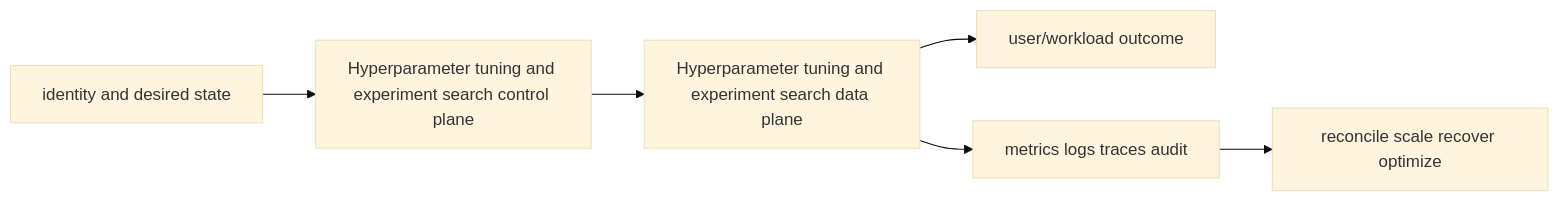
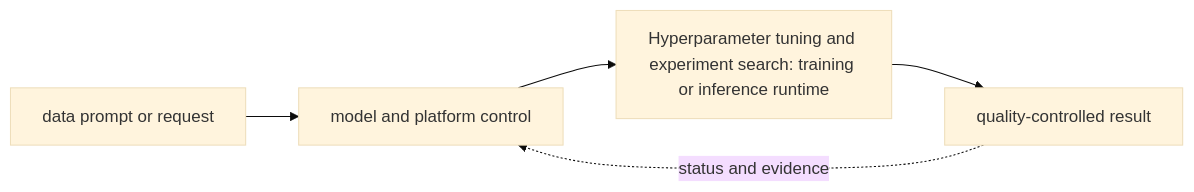
The diagram in 11-ai-platform/08-mlops-and-llmops-lifecycle/08-hyperparameter-tuning/README.md (tomkidumbuyo/DevOps-interview-preparation), drawn with Mermaid (base theme) before and after one commit. The commit also changed other lines of this file and 753 other files, not shown here.

````diff
--- a/11-ai-platform/08-mlops-and-llmops-lifecycle/08-hyperparameter-tuning/README.md
+++ b/11-ai-platform/08-mlops-and-llmops-lifecycle/08-hyperparameter-tuning/README.md
@@ -19,8 +31,7 @@
 ```mermaid
 flowchart LR
-  I[identity and desired state] --> C[Hyperparameter tuning and experiment search control plane]
-  C --> D[Hyperparameter tuning and experiment search data plane]
-  D --> U[user/workload outcome]
-  D --> O[metrics logs traces audit]
-  O --> R[reconcile scale recover optimize]
+  A["data prompt or request"] --> B["model and platform control"]
+  B --> C["Hyperparameter tuning and experiment search: training or inference runtime"]
+  C --> D["quality-controlled result"]
+  D -. "status and evidence" .-> B
 ```
````
